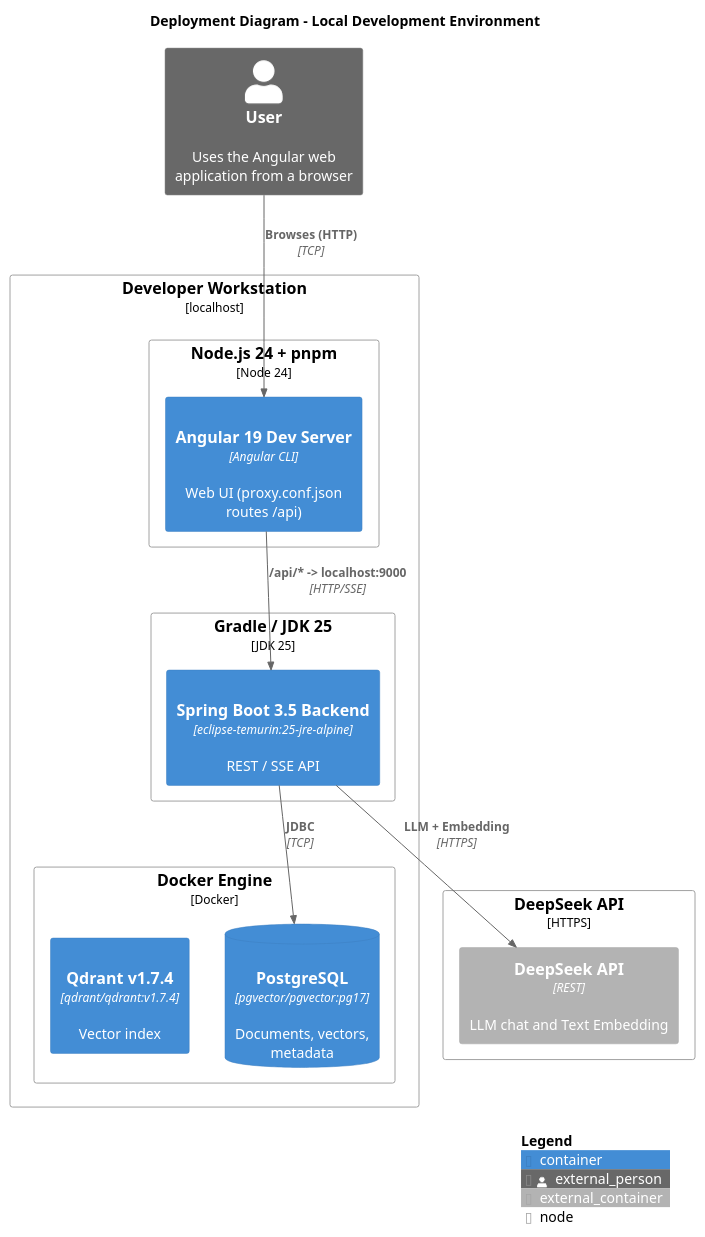
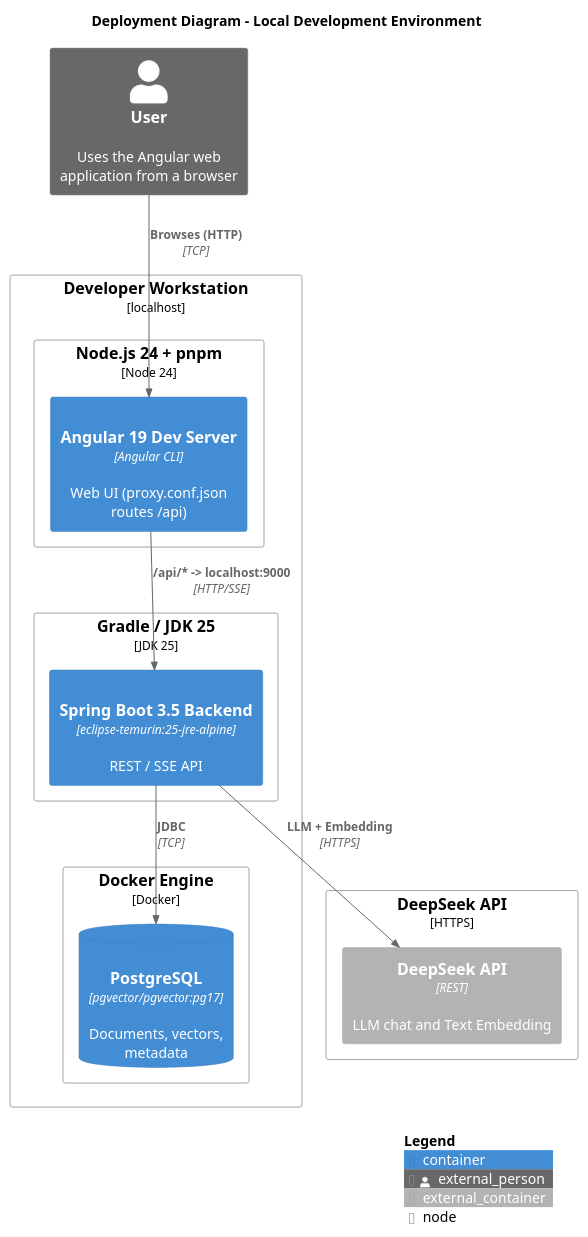
One commit to felixzhu97/ai-explore changed the diagram in docs/c4/C4-Deployment.puml. Above: the diagram before and after it, drawn with PlantUML. The commit also changed 11 other files, not shown here.

First line of the commit message:
chore(docs): retire Qdrant from diagrams and split CI workflow into per-job puml

```diff
--- a/docs/c4/C4-Deployment.puml
+++ b/docs/c4/C4-Deployment.puml
@@ -1,59 +1,58 @@
 @startuml C4-Deployment
 !include https://raw.githubusercontent.com/plantuml-stdlib/C4-PlantUML/master/C4_Deployment.puml
 
 LAYOUT_WITH_LEGEND()
 
 title Deployment Diagram - Local Development Environment
 
 ' ============================================================
 ' DEVELOPER WORKSTATION — the local machine
 ' ============================================================
 Person_Ext(user, "User", "Uses the Angular web application from a browser")
 
 ' ============================================================
 ' RUNTIME NODES — Docker, JDK, Node
 ' ============================================================
 Deployment_Node(developer_machine, "Developer Workstation", "localhost") {
 
-    ' Docker Engine runs PostgreSQL + pgvector and Qdrant
+    ' Docker Engine runs PostgreSQL + pgvector
     Deployment_Node(docker_engine, "Docker Engine", "Docker") {
         ContainerDb(postgresql, "PostgreSQL", "pgvector/pgvector:pg17", "Documents, vectors, metadata", "5432")
-        Container(qdrant, "Qdrant v1.7.4", "qdrant/qdrant:v1.7.4", "Vector index", "6333")
     }
 
     ' Java / Gradle — Spring Boot backend
     Deployment_Node(java_runtime, "Gradle / JDK 25", "JDK 25") {
         Container(backend, "Spring Boot 3.5 Backend", "eclipse-temurin:25-jre-alpine", "REST / SSE API", "9000")
     }
 
     ' Node.js / pnpm — Angular frontend
     Deployment_Node(node_runtime, "Node.js 24 + pnpm", "Node 24") {
         Container(angular_dev, "Angular 19 Dev Server", "Angular CLI", "Web UI (proxy.conf.json routes /api)", "4200")
     }
 }
 
 ' ============================================================
 ' EXTERNAL SYSTEMS
 ' ============================================================
 Deployment_Node(deepseek, "DeepSeek API", "HTTPS") {
     Container_Ext(deepseek_svc, "DeepSeek API", "REST", "LLM chat and Text Embedding")
 }
 
 ' ============================================================
 ' RELATIONSHIPS
 ' ============================================================
 
 ' User (external) interacts with Angular in the browser
 Rel(user, angular_dev, "Browses (HTTP)", "TCP")
 
 ' Angular to Spring Boot (via proxy)
 Rel(angular_dev, backend, "/api/* -> localhost:9000", "HTTP/SSE")
 
 ' Spring Boot to PostgreSQL
 Rel(backend, postgresql, "JDBC", "TCP")
 
 ' Spring Boot to DeepSeek API
 Rel_D(backend, deepseek_svc, "LLM + Embedding", "HTTPS")
 
 SHOW_LEGEND()
 @enduml
```
